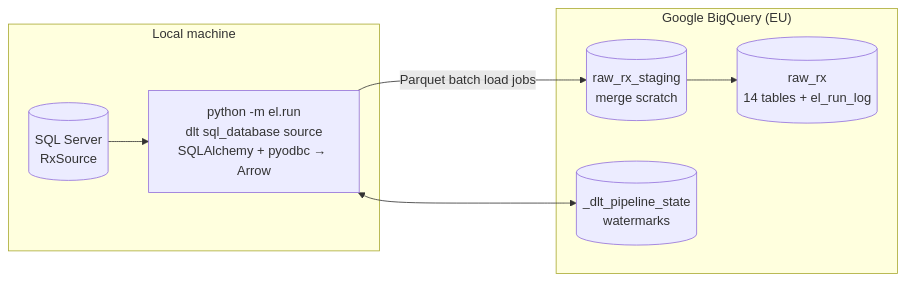
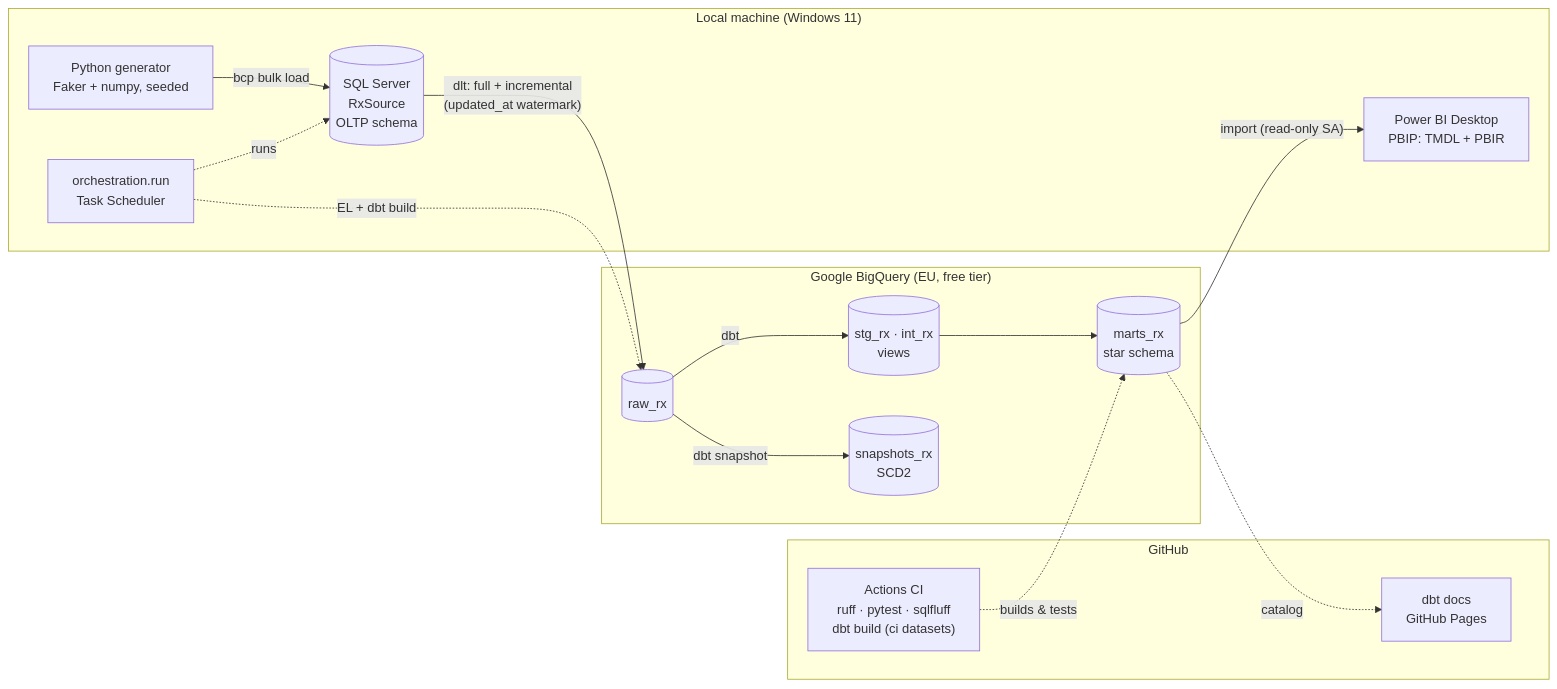
The diagram in README.md (GasparPrado95/rx-analytics-pipeline), drawn with Mermaid before and after one commit. The commit also changed other lines of this file and 6 other files, not shown here.

````diff
--- a/README.md
+++ b/README.md
@@ -158,14 +32,28 @@
 ```mermaid
 flowchart LR
-    subgraph local["Local machine"]
-        SQL[("SQL Server<br/>RxSource")]
-        EL["python -m el.run<br/>dlt sql_database source<br/>SQLAlchemy + pyodbc → Arrow"]
+    subgraph local["Local machine (Windows 11)"]
+        GEN["Python generator<br/>Faker + numpy, seeded"]
+        SQL[("SQL Server<br/>RxSource<br/>OLTP schema")]
+        ORCH["orchestration.run<br/>Task Scheduler"]
+        PBI["Power BI Desktop<br/>PBIP: TMDL + PBIR"]
     end
-    subgraph gcp["Google BigQuery (EU)"]
-        RAW[("raw_rx<br/>14 tables + el_run_log")]
-        STG[("raw_rx_staging<br/>merge scratch")]
-        STATE[("_dlt_pipeline_state<br/>watermarks")]
+    subgraph gcp["Google BigQuery (EU, free tier)"]
+        RAW[("raw_rx")]
+        STG[("stg_rx · int_rx<br/>views")]
+        MARTS[("marts_rx<br/>star schema")]
+        SNAP[("snapshots_rx<br/>SCD2")]
     end
-    SQL --> EL -- "Parquet batch load jobs" --> STG --> RAW
-    EL <--> STATE
+    subgraph gh["GitHub"]
+        CI["Actions CI<br/>ruff · pytest · sqlfluff<br/>dbt build (ci datasets)"]
+        DOCS["dbt docs<br/>GitHub Pages"]
+    end
+    GEN -- "bcp bulk load" --> SQL
+    SQL -- "dlt: full + incremental<br/>(updated_at watermark)" --> RAW
+    RAW -- dbt --> STG --> MARTS
+    RAW -- "dbt snapshot" --> SNAP
+    MARTS -- "import (read-only SA)" --> PBI
+    ORCH -. runs .-> SQL
+    ORCH -. "EL + dbt build" .-> RAW
+    CI -. "builds & tests" .-> MARTS
+    MARTS -. catalog .-> DOCS
 ```
````
